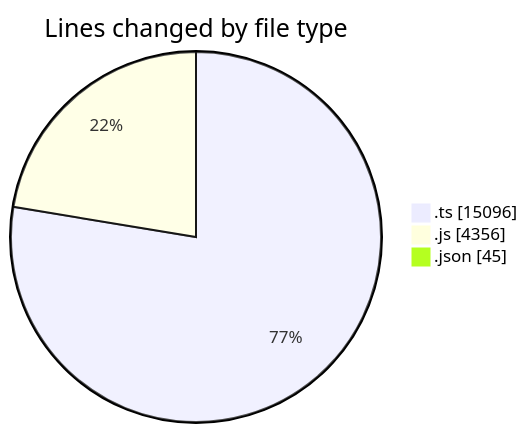
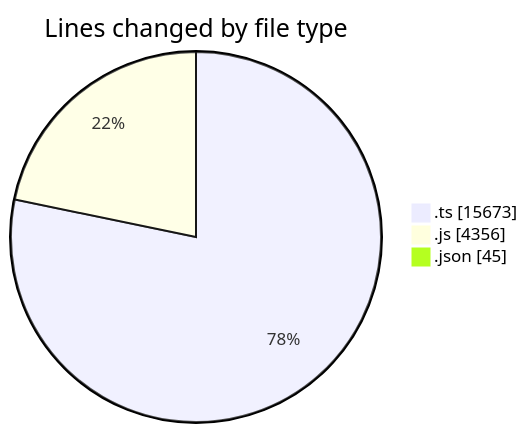
One commit to momahboobian/code-tracking changed the first of 2 diagrams in 2025-07-29/cda/README.md. Above: the diagram before and after it, drawn with Mermaid. The commit also changed other lines of this file and 1 other file, not shown here.

````diff
--- a/2025-07-29/cda/README.md
+++ b/2025-07-29/cda/README.md
@@ -29,7 +30,7 @@
 ```mermaid
 pie showData
 title Lines changed by file type
-".ts" : 15096
+".ts" : 15673
 ".js" : 4356
 ".json" : 45
 ```
````
